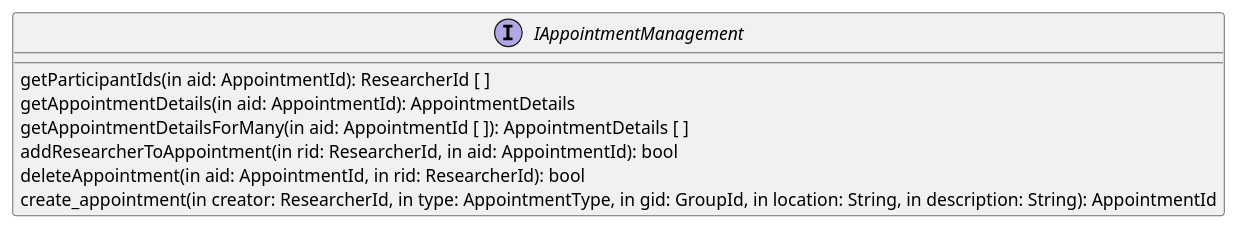
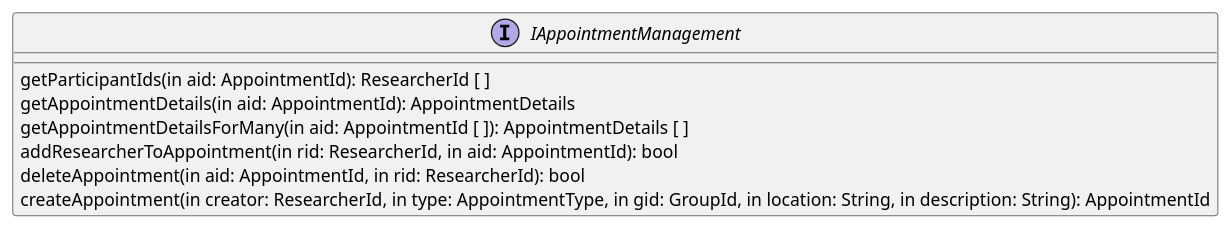
The third of 4 diagrams in doc/ch6-comp-interaction/business-interfaces.org (bugagashen6ka/quark), drawn with PlantUML before and after one commit. The commit also changed other lines of this file and 1 other file, not shown here.

Commit message:
Update auxiliary types w.r.t. password management; Small style fixes.

```diff
--- a/doc/ch6-comp-interaction/business-interfaces.org
+++ b/doc/ch6-comp-interaction/business-interfaces.org
@@ -37,10 +38,10 @@
   #+begin_src plantuml :file ./iappointment_management.png
   interface IAppointmentManagement {
     getParticipantIds(in aid: AppointmentId): ResearcherId [ ]
     getAppointmentDetails(in aid: AppointmentId): AppointmentDetails
     getAppointmentDetailsForMany(in aid: AppointmentId [ ]): AppointmentDetails [ ]
     addResearcherToAppointment(in rid: ResearcherId, in aid: AppointmentId): bool
     deleteAppointment(in aid: AppointmentId, in rid: ResearcherId): bool
-    create_appointment(in creator: ResearcherId, in type: AppointmentType, in gid: GroupId, in location: String, in description: String): AppointmentId
+    createAppointment(in creator: ResearcherId, in type: AppointmentType, in gid: GroupId, in location: String, in description: String): AppointmentId
   }
   #+END_src
```
